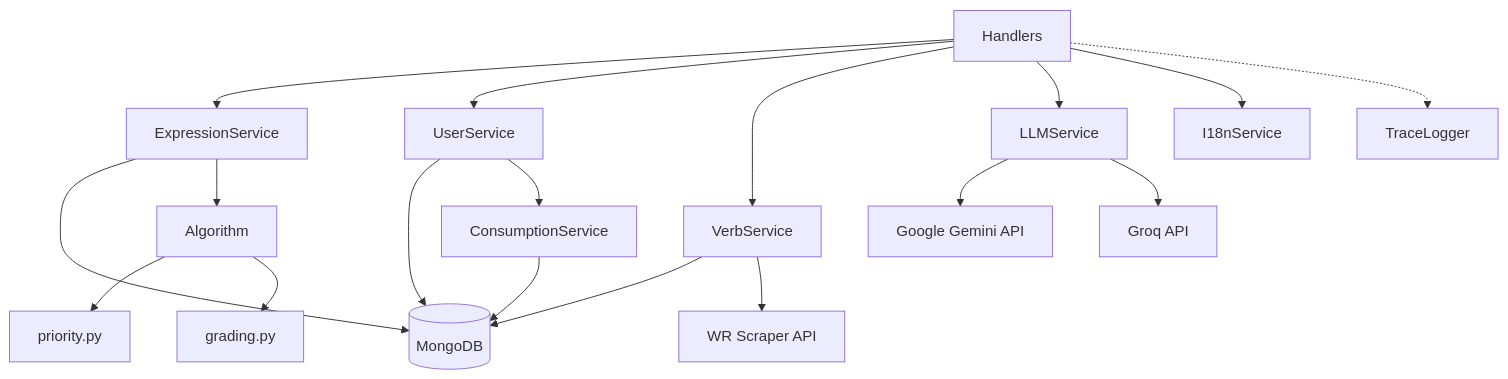
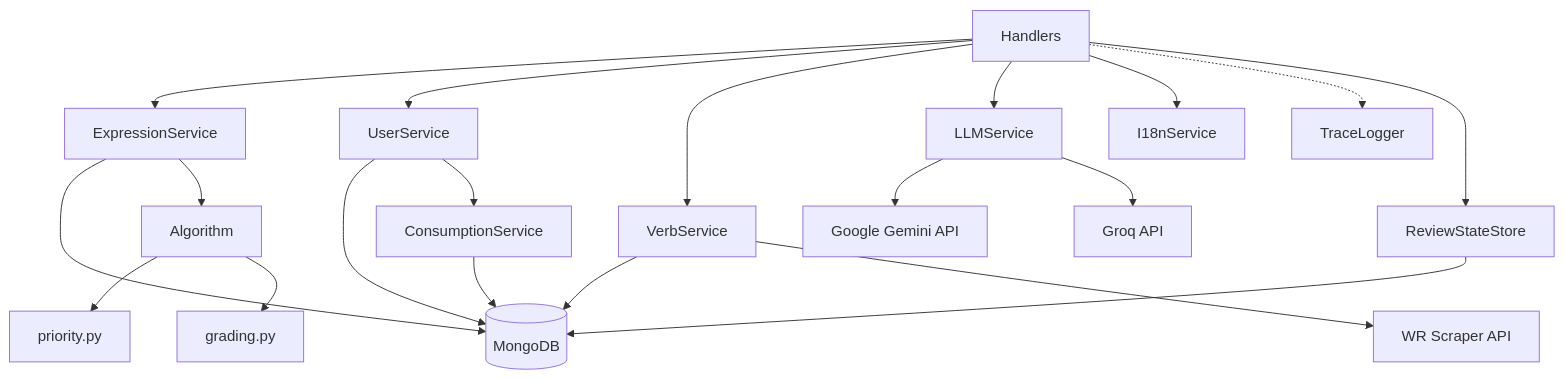
The first of 2 diagrams in flashcard-project/docs/services.md (d-khalang/FlashCard_ecosystem), drawn with Mermaid before and after one commit. The commit also changed other lines of this file and 2 other files, not shown here.

````diff
--- a/flashcard-project/docs/services.md
+++ b/flashcard-project/docs/services.md
@@ -7,22 +7,24 @@
 ```mermaid
 graph TD
     H[Handlers] --> ES[ExpressionService]
     H --> US[UserService]
     H --> VS[VerbService]
     H --> LLM[LLMService]
     H --> I18N[I18nService]
     H -.-> TL[TraceLogger]
     
     ES --> DB[(MongoDB)]
     US --> DB
     US --> CS[ConsumptionService]
+    H --> RS[ReviewStateStore]
+    RS --> DB
     VS --> DB
     VS --> SCRAPER[WR Scraper API]
     LLM --> GEMINI[Google Gemini API]
     LLM --> GROQ[Groq API]
     CS --> DB
     
     ES --> ALG[Algorithm]
     ALG --> PRI[priority.py]
     ALG --> GRD[grading.py]
 ```
````
